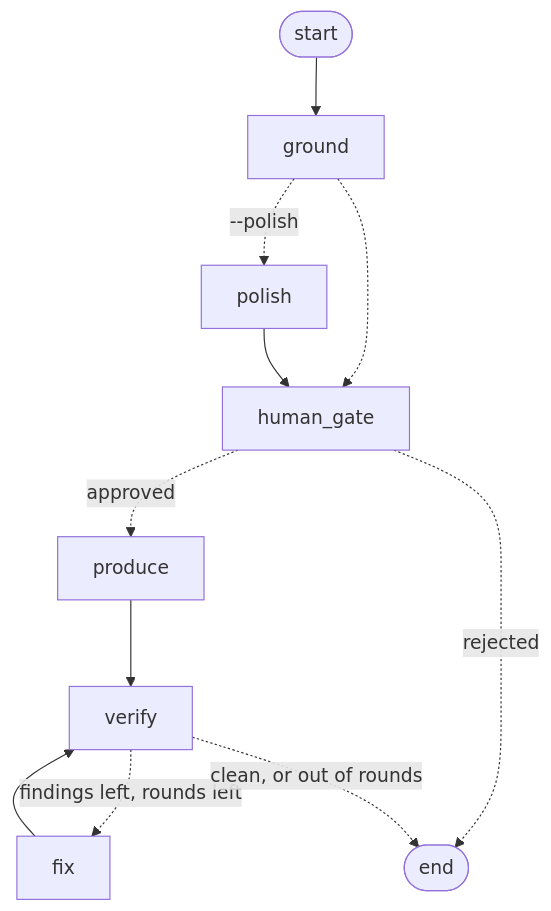
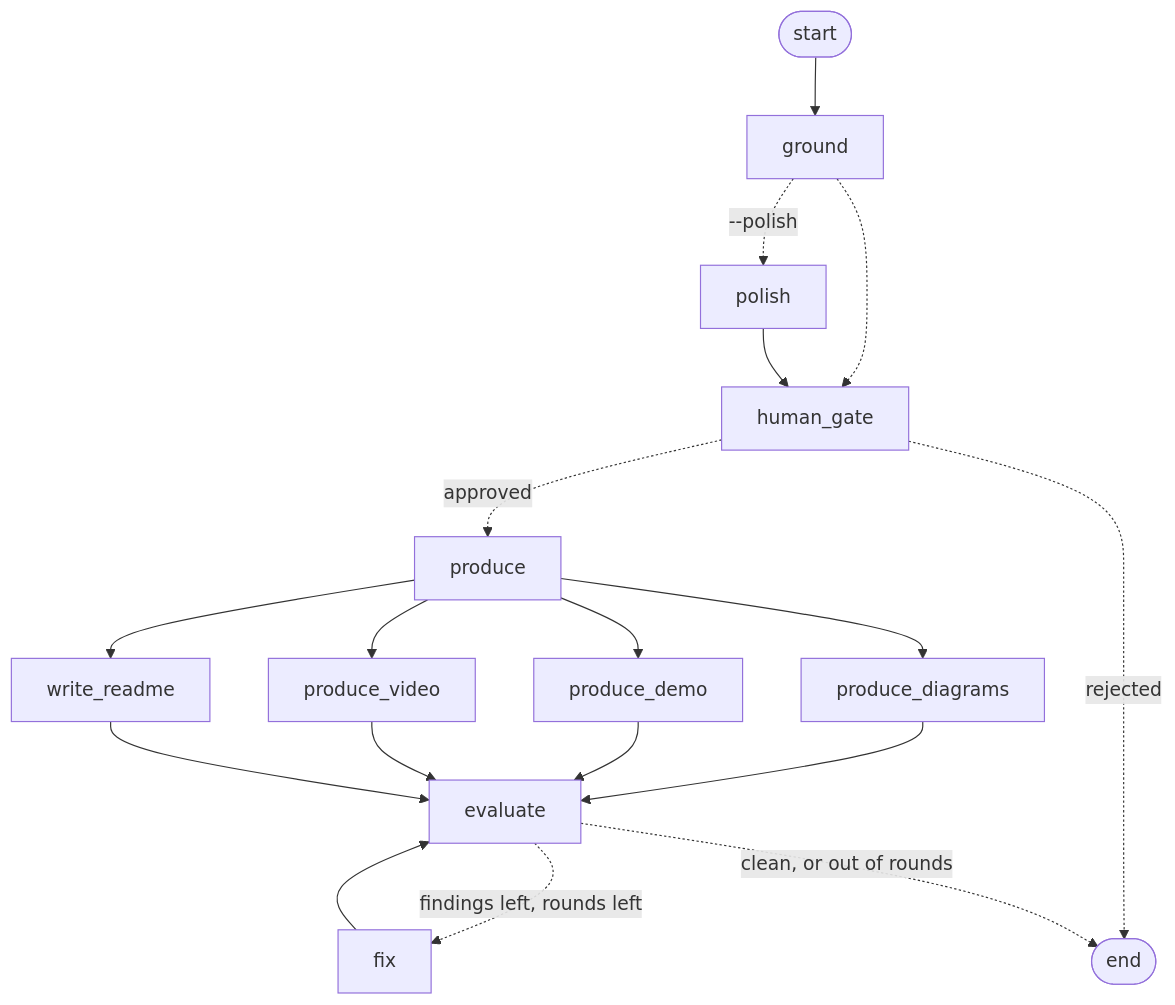
Before and after one commit to Chirudeva-Reddy/Agentic-ReadMe-Creator: the diagram in docs/LANGCHAIN.md, drawn with Mermaid. The commit also changed other lines of this file and 23 other files, not shown here.

````diff
--- a/docs/LANGCHAIN.md
+++ b/docs/LANGCHAIN.md
@@ -34,13 +38,14 @@
 ```mermaid
 flowchart TD
     start([start]) --> ground
     ground -. "--polish" .-> polish
     ground -.-> human_gate
     polish --> human_gate
     human_gate -. approved .-> produce
     human_gate -. rejected .-> stop([end])
-    produce --> verify
-    verify -. "findings left, rounds left" .-> fix
-    fix --> verify
-    verify -. "clean, or out of rounds" .-> stop
+    produce --> produce_diagrams & produce_demo & produce_video & write_readme
+    produce_diagrams & produce_demo & produce_video & write_readme --> evaluate
+    evaluate -. "findings left, rounds left" .-> fix
+    fix --> evaluate
+    evaluate -. "clean, or out of rounds" .-> stop
 ```
````
